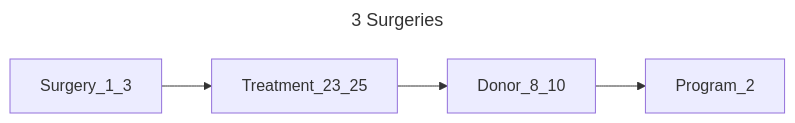
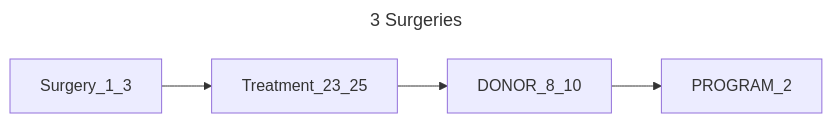
Before and after one commit to CanDIG/katsu: the tenth of 14 diagrams in chord_metadata_service/mohpackets/data/small_dataset/README.md, drawn with Mermaid. The commit also changed other lines of this file and 2 other files, not shown here.

Commit message:
check mermaid diagrams

````diff
--- a/chord_metadata_service/mohpackets/data/small_dataset/README.md
+++ b/chord_metadata_service/mohpackets/data/small_dataset/README.md
@@ -159,7 +167,7 @@
 ```mermaid
 ---
 title: 3 Surgeries
 ---
 graph LR;  
-  Surgery_1_3 --> Treatment_23_25 --> Donor_8_10 --> Program_2;  
+  Surgery_1_3 --> Treatment_23_25 --> DONOR_8_10 --> PROGRAM_2;  
 ```
````
